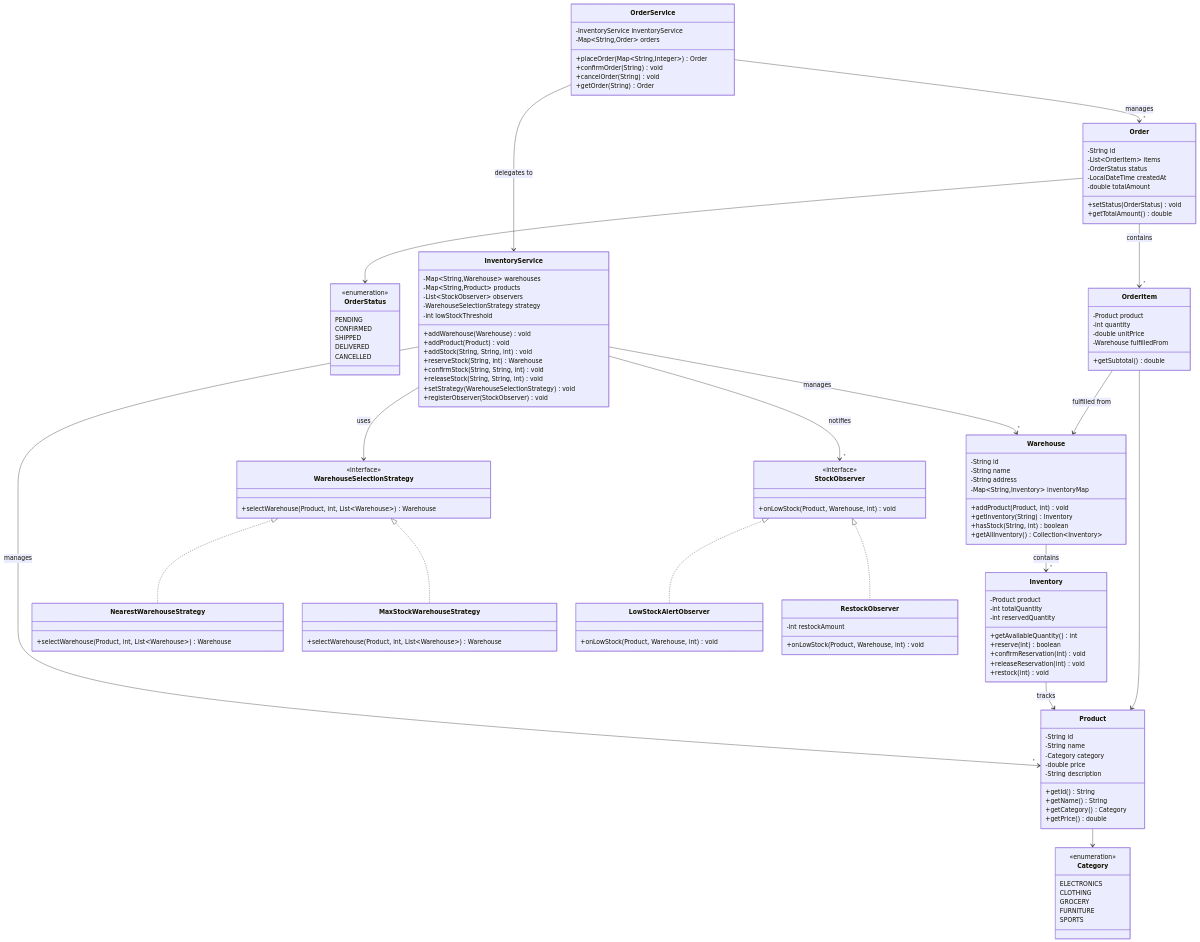
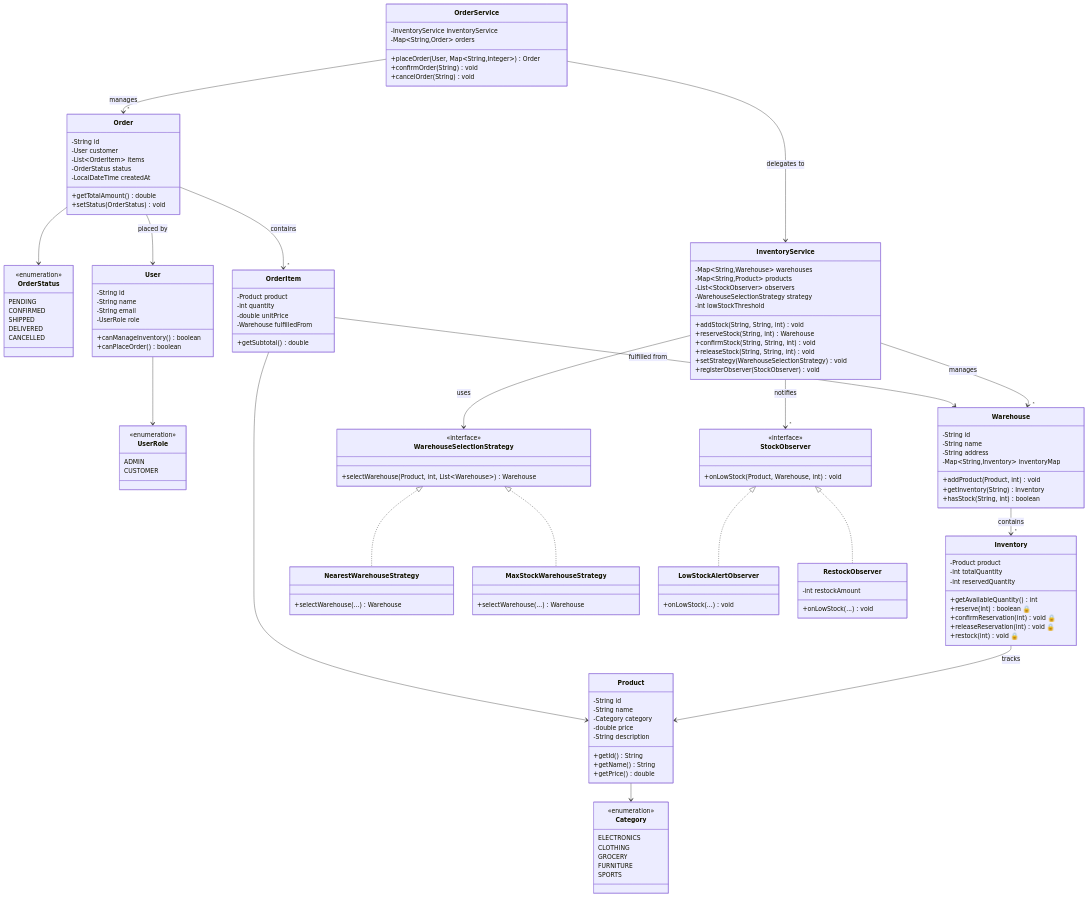
One commit to puja081/DesignPattern changed the first of 5 diagrams in src/main/java/com/design/inventory_management_system/README.md. Above: the diagram before and after it, drawn with Mermaid. The commit also changed other lines of this file and 1 other file, not shown here.

````diff
--- a/src/main/java/com/design/inventory_management_system/README.md
+++ b/src/main/java/com/design/inventory_management_system/README.md
@@ -62,6 +129,12 @@
 ```mermaid
 classDiagram
     direction TB
+
+    class UserRole {
+        <<enumeration>>
+        ADMIN
+        CUSTOMER
+    }
 
     class Category {
         <<enumeration>>
@@ -81,6 +154,15 @@
         CANCELLED
     }
 
+    class User {
+        -String id
+        -String name
+        -String email
+        -UserRole role
+        +canManageInventory() boolean
+        +canPlaceOrder() boolean
+    }
+
     class Product {
         -String id
         -String name
@@ -89,7 +171,6 @@
         -String description
         +getId() String
         +getName() String
-        +getCategory() Category
         +getPrice() double
     }
 
@@ -98,10 +179,10 @@
         -int totalQuantity
         -int reservedQuantity
         +getAvailableQuantity() int
-        +reserve(int) boolean
-        +confirmReservation(int) void
-        +releaseReservation(int) void
-        +restock(int) void
+        +reserve(int) boolean 🔒
+        +confirmReservation(int) void 🔒
+        +releaseReservation(int) void 🔒
+        +restock(int) void 🔒
     }
 
     class Warehouse {
@@ -112,7 +193,6 @@
         +addProduct(Product, int) void
         +getInventory(String) Inventory
         +hasStock(String, int) boolean
-        +getAllInventory() Collection~Inventory~
     }
 
     class OrderItem {
@@ -125,12 +205,12 @@
 
     class Order {
         -String id
+        -User customer
         -List~OrderItem~ items
         -OrderStatus status
         -LocalDateTime createdAt
-        -double totalAmount
+        +getTotalAmount() double
         +setStatus(OrderStatus) void
-        +getTotalAmount() double
     }
 
     class WarehouseSelectionStrategy {
@@ -139,11 +219,11 @@
     }
 
     class NearestWarehouseStrategy {
-        +selectWarehouse(Product, int, List~Warehouse~) Warehouse
+        +selectWarehouse(...) Warehouse
     }
 
     class MaxStockWarehouseStrategy {
-        +selectWarehouse(Product, int, List~Warehouse~) Warehouse
+        +selectWarehouse(...) Warehouse
     }
 
     class StockObserver {
@@ -152,12 +232,12 @@
     }
 
     class LowStockAlertObserver {
-        +onLowStock(Product, Warehouse, int) void
+        +onLowStock(...) void
     }
 
     class RestockObserver {
         -int restockAmount
-        +onLowStock(Product, Warehouse, int) void
+        +onLowStock(...) void
     }
 
     class InventoryService {
@@ -166,8 +246,6 @@
         -List~StockObserver~ observers
         -WarehouseSelectionStrategy strategy
         -int lowStockThreshold
-        +addWarehouse(Warehouse) void
-        +addProduct(Product) void
         +addStock(String, String, int) void
         +reserveStock(String, int) Warehouse
         +confirmStock(String, String, int) void
@@ -179,14 +257,15 @@
     class OrderService {
         -InventoryService inventoryService
         -Map~String,Order~ orders
-        +placeOrder(Map~String,Integer~) Order
+        +placeOrder(User, Map~String,Integer~) Order
         +confirmOrder(String) void
         +cancelOrder(String) void
-        +getOrder(String) Order
     }
 
+    User --> UserRole
     Product --> Category
     Order --> OrderStatus
+    Order --> User : placed by
     Order --> "*" OrderItem : contains
     OrderItem --> Product
     OrderItem --> Warehouse : fulfilled from
@@ -201,7 +280,6 @@
     InventoryService --> WarehouseSelectionStrategy : uses
     InventoryService --> "*" StockObserver : notifies
     InventoryService --> "*" Warehouse : manages
-    InventoryService --> "*" Product : manages
     OrderService --> InventoryService : delegates to
     OrderService --> "*" Order : manages
 ```
````
